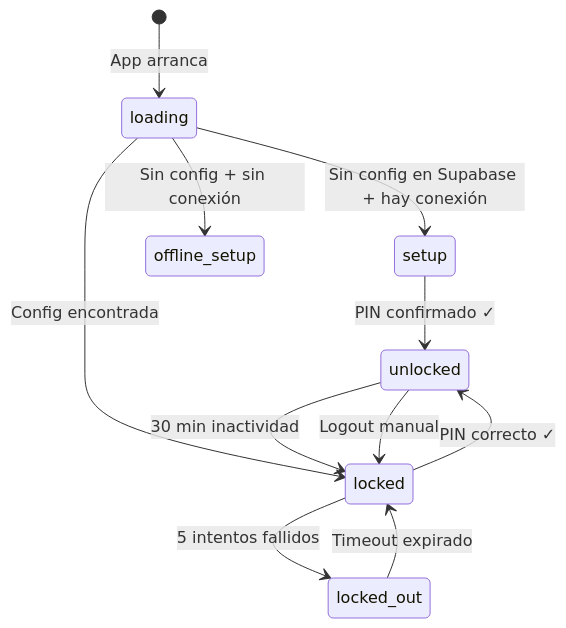
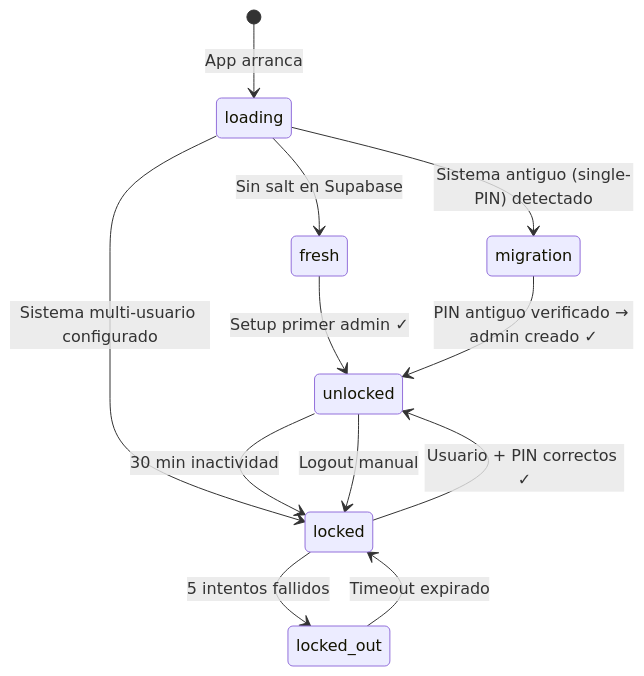
Before and after one commit to YaelTriana/barista-stock-manager: the fourth of 5 diagrams in README.md, drawn with Mermaid. The commit also changed other lines of this file, not shown here.

First line of the commit message:
docs: update README for multi-user system and current structure

````diff
--- a/README.md
+++ b/README.md
@@ -132,13 +143,14 @@
 ```mermaid
 stateDiagram-v2
     [*] --> loading: App arranca
-    loading --> setup: Sin config en Supabase + hay conexión
-    loading --> locked: Config encontrada
-    loading --> offline_setup: Sin config + sin conexión
-    setup --> unlocked: PIN confirmado ✓
-    locked --> unlocked: PIN correcto ✓
+    loading --> fresh: Sin salt en Supabase
+    loading --> migration: Sistema antiguo (single-PIN) detectado
+    loading --> locked: Sistema multi-usuario configurado
+    fresh --> unlocked: Setup primer admin ✓
+    migration --> unlocked: PIN antiguo verificado → admin creado ✓
+    locked --> unlocked: Usuario + PIN correctos ✓
     locked --> locked_out: 5 intentos fallidos
     locked_out --> locked: Timeout expirado
     unlocked --> locked: 30 min inactividad
     unlocked --> locked: Logout manual
 ```
````
